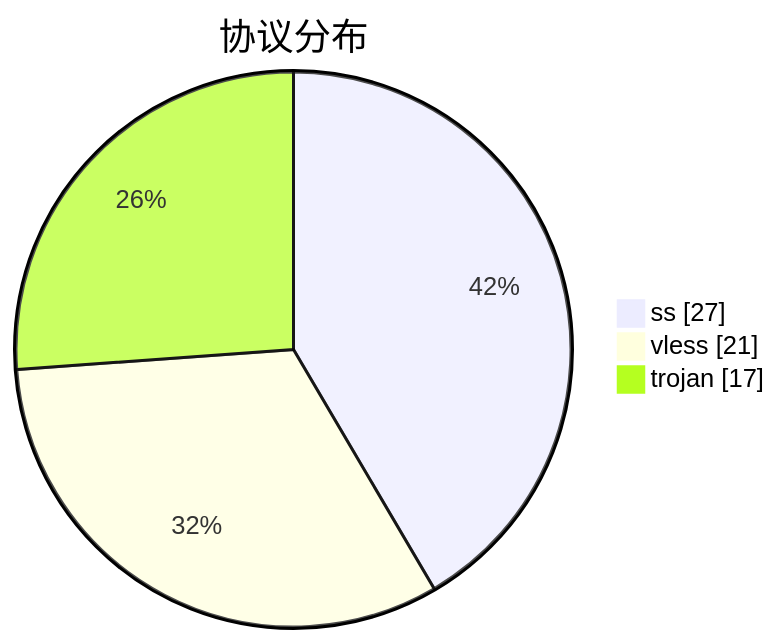
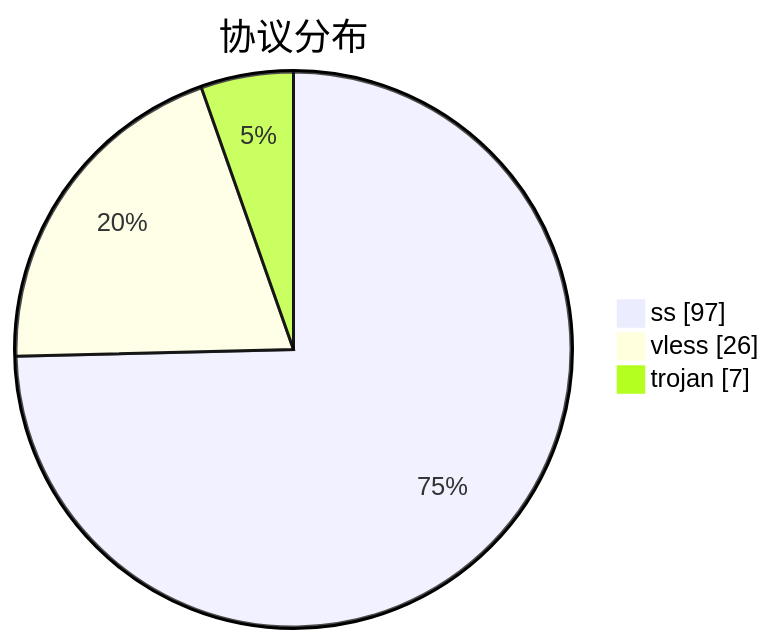
One commit to qjlxg/airport changed the third of 3 diagrams in subs/statistics/tested_within.md. Above: the diagram before and after it, drawn with Mermaid. The commit also changed other lines of this file and 2 other files, not shown here.

````diff
--- a/subs/statistics/tested_within.md
+++ b/subs/statistics/tested_within.md
@@ -29,7 +30,7 @@
 ```mermaid
 pie showData
 title 协议分布
-"ss" : 27
-"vless" : 21
-"trojan" : 17
+"ss" : 97
+"vless" : 26
+"trojan" : 7
 ```
````
